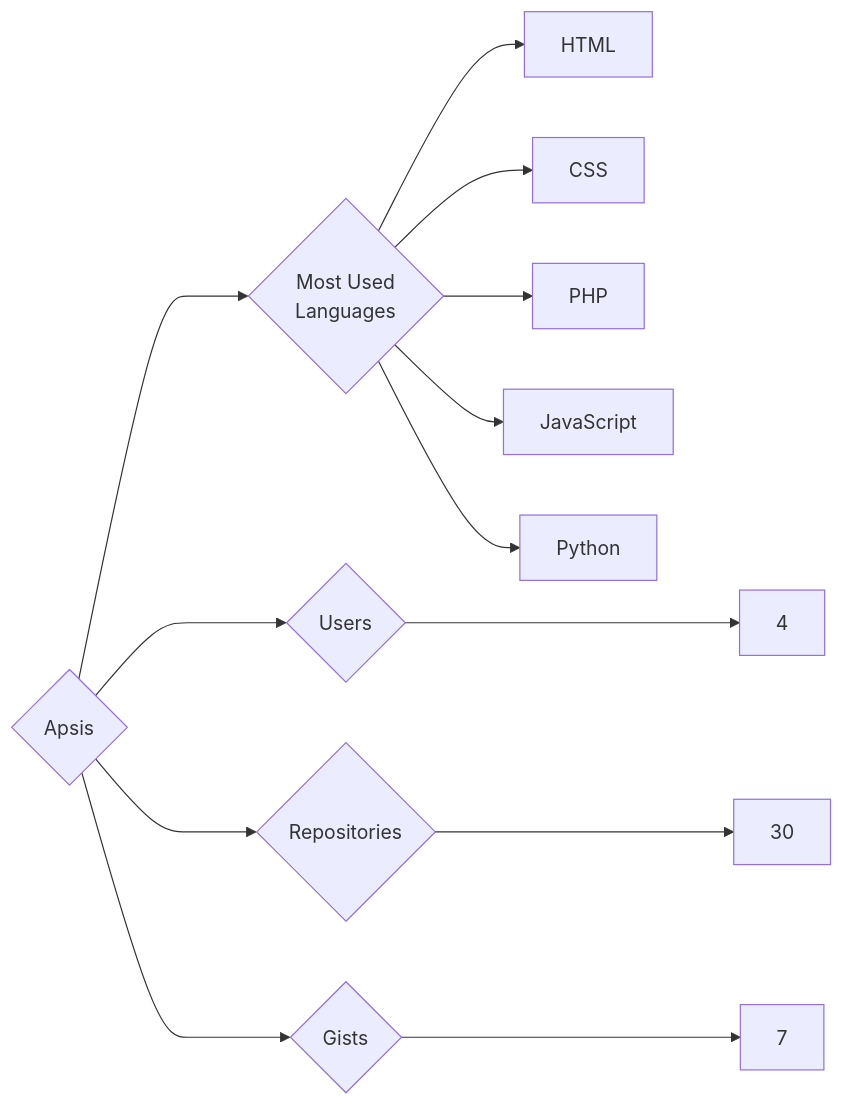
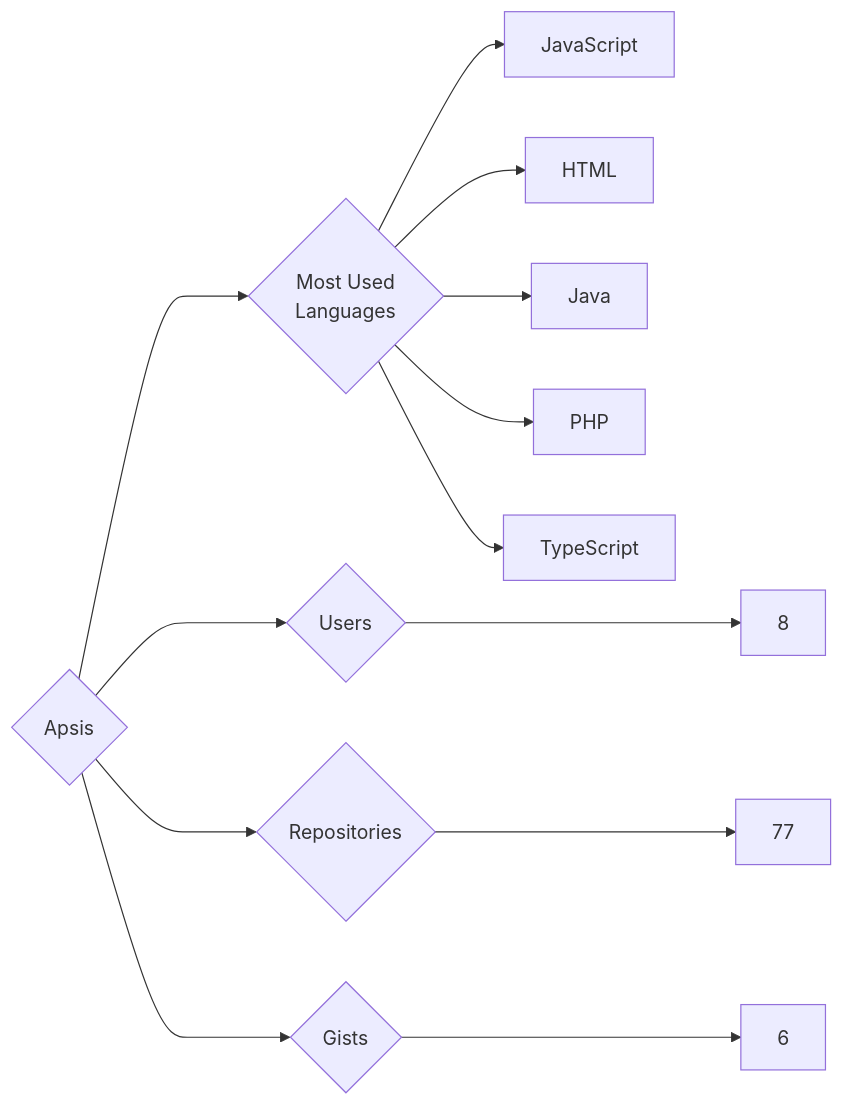
Before and after one commit to trickest/insiders: the diagram in targets/Apsis/README.md, drawn with Mermaid. The commit also changed 891 other files, not shown here.

````diff
--- a/targets/Apsis/README.md
+++ b/targets/Apsis/README.md
@@ -3,13 +3,13 @@
 ```mermaid
 graph LR
 COMPANY_NAME{Apsis}
-COMPANY_NAME ---> U{Users} ---> UN[4]
-COMPANY_NAME ---> R{Repositories} ---> RN[30]
-COMPANY_NAME ---> G{Gists} ---> GN[7]
+COMPANY_NAME ---> U{Users} ---> UN[8]
+COMPANY_NAME ---> R{Repositories} ---> RN[77]
+COMPANY_NAME ---> G{Gists} ---> GN[6]
 COMPANY_NAME ---> ML{Most Used<br>Languages}
+ML --> JavaScript[JavaScript]
 ML --> HTML[HTML]
-ML --> CSS[CSS]
+ML --> Java[Java]
 ML --> PHP[PHP]
-ML --> JavaScript[JavaScript]
-ML --> Python[Python]
+ML --> TypeScript[TypeScript]
 ```
````
